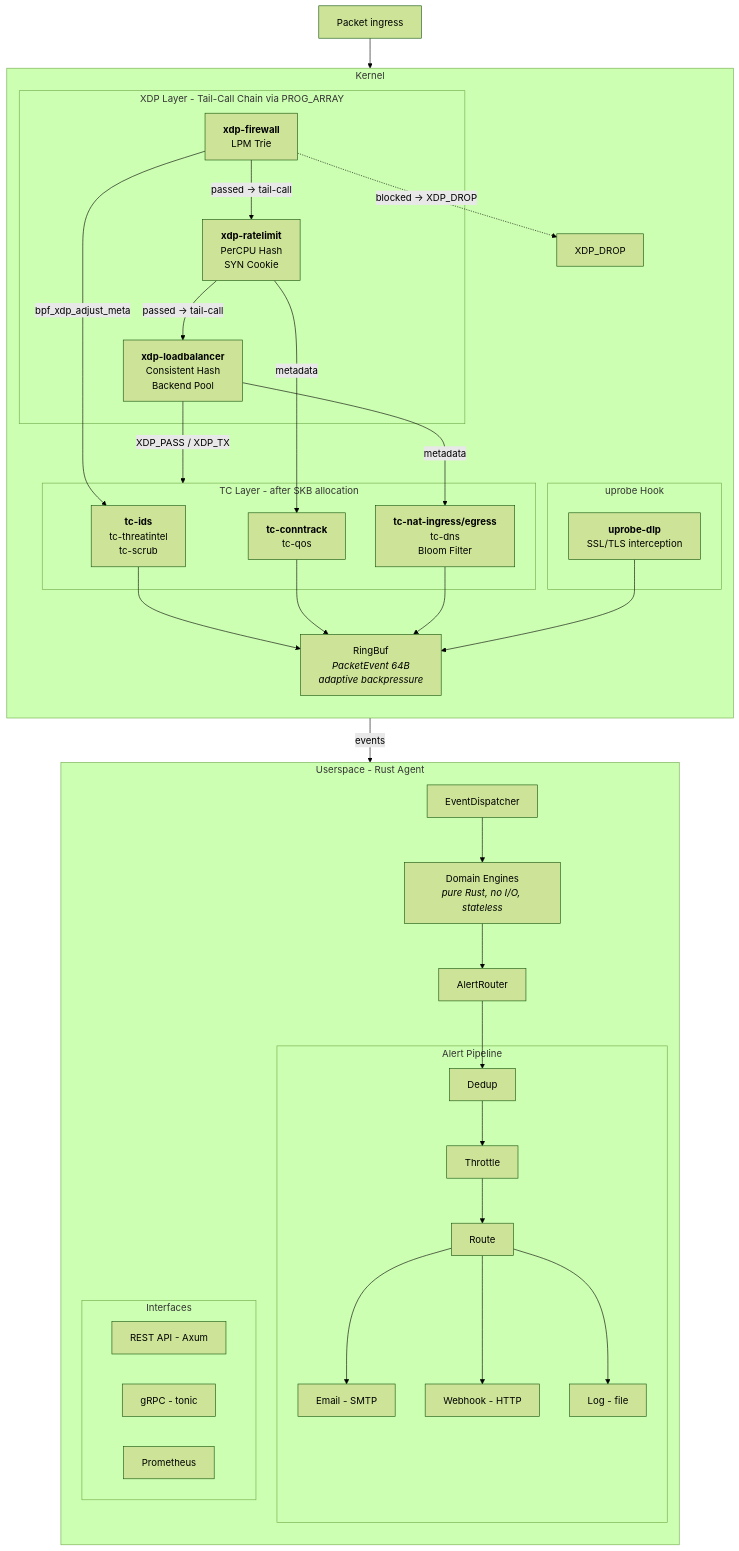
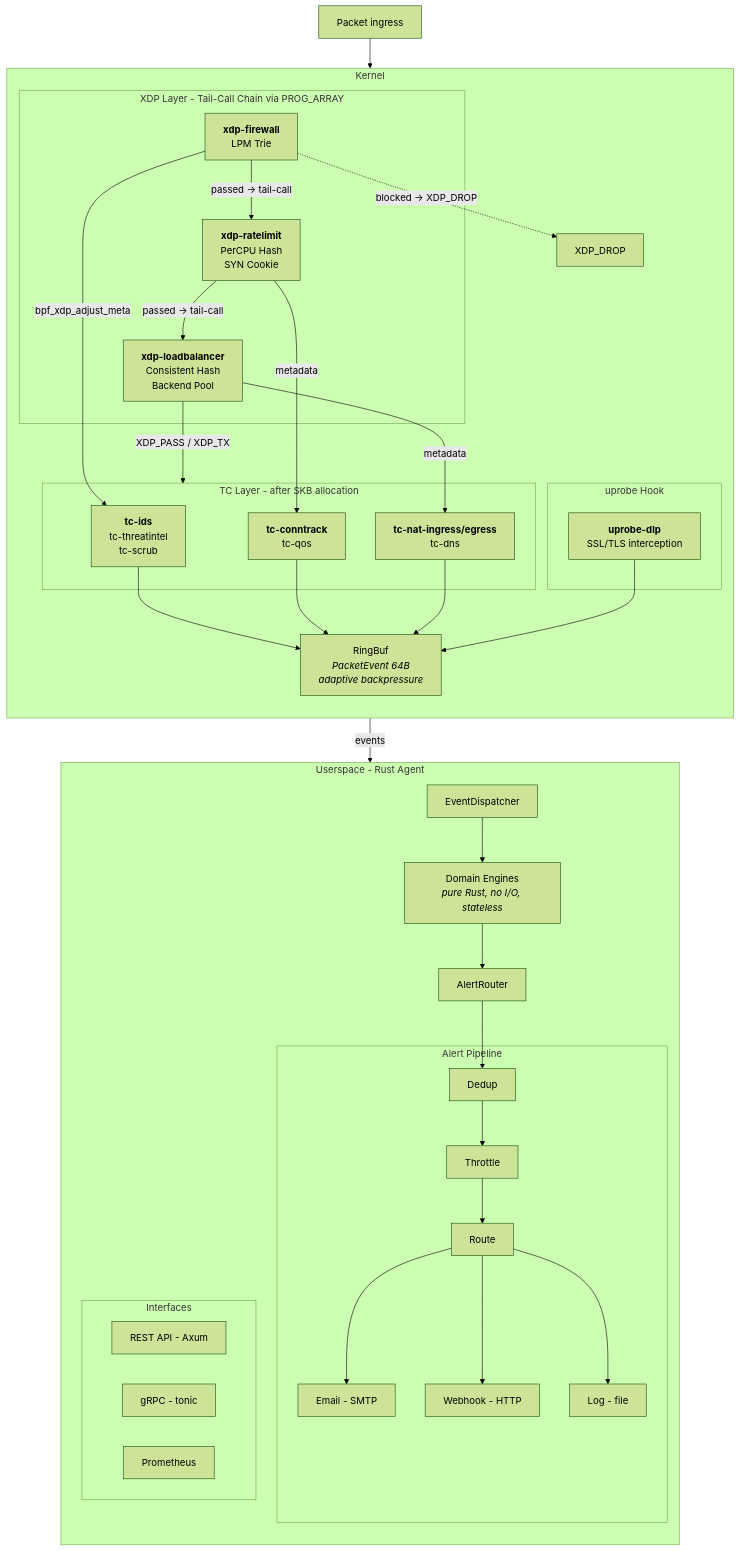
The diagram in docs/getting-started/concepts.md (ebpfsentinel/ebpfsentinel-docs), drawn with Mermaid (forest theme) before and after one commit. The commit also changed 18 other files, not shown here.

Commit message:
docs(threatintel): CIDR ranges, the A/B slot reload and an explicit capacity, bloom filter and LRU eviction removed

````diff
--- a/docs/getting-started/concepts.md
+++ b/docs/getting-started/concepts.md
@@ -10,67 +10,67 @@
 ```mermaid
 graph TD
     subgraph Kernel["Kernel"]
         direction TB
 
         subgraph XDP["XDP Layer - Tail-Call Chain via PROG_ARRAY"]
             XDP_FW["<b>xdp-firewall</b><br/>LPM Trie"]
             XDP_RL["<b>xdp-ratelimit</b><br/>PerCPU Hash<br/>SYN Cookie"]
             XDP_LB["<b>xdp-loadbalancer</b><br/>Consistent Hash<br/>Backend Pool"]
         end
 
         XDP_FW -- "passed → tail-call" --> XDP_RL
         XDP_RL -- "passed → tail-call" --> XDP_LB
         XDP_FW -. "blocked → XDP_DROP" .-> DROP["XDP_DROP"]
         XDP_LB -- "XDP_PASS / XDP_TX" --> TC_layer
 
         subgraph UPROBE["uprobe Hook"]
             DLP["<b>uprobe-dlp</b><br/>SSL/TLS interception"]
         end
 
         subgraph TC_layer["TC Layer - after SKB allocation"]
             TC_IDS["<b>tc-ids</b><br/>tc-threatintel<br/>tc-scrub"]
             TC_CT["<b>tc-conntrack</b><br/>tc-qos"]
-            TC_NAT["<b>tc-nat-ingress/egress</b><br/>tc-dns<br/>Bloom Filter"]
+            TC_NAT["<b>tc-nat-ingress/egress</b><br/>tc-dns"]
         end
 
         XDP_FW -- "bpf_xdp_adjust_meta" --> TC_IDS
         XDP_RL -- "metadata" --> TC_CT
         XDP_LB -- "metadata" --> TC_NAT
 
         RB["RingBuf<br/><i>PacketEvent 64B</i><br/><i>adaptive backpressure</i>"]
 
         TC_IDS --> RB
         TC_CT --> RB
         TC_NAT --> RB
         DLP --> RB
     end
 
     subgraph Userspace["Userspace - Rust Agent"]
         direction TB
 
         ED["EventDispatcher"]
         DE["Domain Engines<br/><i>pure Rust, no I/O, stateless</i>"]
         AR["AlertRouter"]
 
         ED --> DE --> AR
 
         subgraph AlertPipeline["Alert Pipeline"]
             DEDUP["Dedup"] --> THROTTLE["Throttle"] --> ROUTE["Route"]
             ROUTE --> EMAIL["Email - SMTP"]
             ROUTE --> WEBHOOK["Webhook - HTTP"]
             ROUTE --> LOG["Log - file"]
         end
 
         AR --> DEDUP
 
         subgraph APIs["Interfaces"]
             REST["REST API - Axum"]
             GRPC["gRPC - tonic"]
             PROM["Prometheus"]
         end
     end
 
     RB -- "events" --> ED
 
     PKT["Packet ingress"] --> XDP_FW
 ```
````
